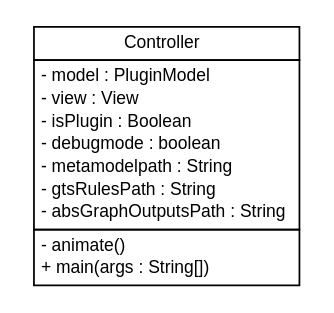
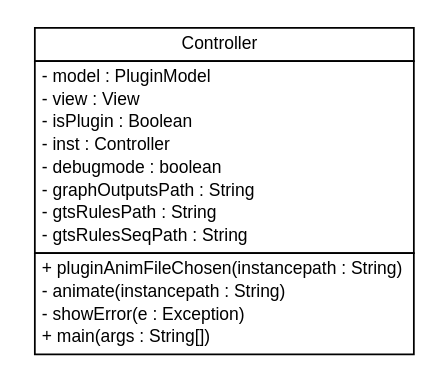
Before and after one commit to luisneiva/graf-framework: the diagram in javadoc/controller/controller.dot, drawn with Graphviz. The commit also changed 61 other files, not shown here.

```diff
--- a/javadoc/controller/controller.dot
+++ b/javadoc/controller/controller.dot
@@ -1,31 +1,34 @@
 #!/usr/local/bin/dot
 #
 # Class diagram 
 # Generated by UMLGraph version 5.2 (http://www.umlgraph.org/)
 #
 
 digraph G {
 	edge [fontname="arial",fontsize=10,labelfontname="arial",labelfontsize=10];
 	node [fontname="arial",fontsize=10,shape=plaintext];
 	nodesep=0.25;
 	ranksep=0.5;
 	// controller.Controller
-	c1045 [label=<<table title="controller.Controller" border="0" cellborder="1" cellspacing="0" cellpadding="2" port="p" href="./Controller.html">
+	c2262 [label=<<table title="controller.Controller" border="0" cellborder="1" cellspacing="0" cellpadding="2" port="p" href="./Controller.html">
 		<tr><td><table border="0" cellspacing="0" cellpadding="1">
 <tr><td align="center" balign="center"> Controller </td></tr>
 		</table></td></tr>
 		<tr><td><table border="0" cellspacing="0" cellpadding="1">
 <tr><td align="left" balign="left"> - model : PluginModel </td></tr>
 <tr><td align="left" balign="left"> - view : View </td></tr>
 <tr><td align="left" balign="left"> - isPlugin : Boolean </td></tr>
+<tr><td align="left" balign="left"> - inst : Controller </td></tr>
 <tr><td align="left" balign="left"> - debugmode : boolean </td></tr>
-<tr><td align="left" balign="left"> - metamodelpath : String </td></tr>
+<tr><td align="left" balign="left"> - graphOutputsPath : String </td></tr>
 <tr><td align="left" balign="left"> - gtsRulesPath : String </td></tr>
-<tr><td align="left" balign="left"> - absGraphOutputsPath : String </td></tr>
+<tr><td align="left" balign="left"> - gtsRulesSeqPath : String </td></tr>
 		</table></td></tr>
 		<tr><td><table border="0" cellspacing="0" cellpadding="1">
-<tr><td align="left" balign="left"> - animate() </td></tr>
+<tr><td align="left" balign="left"> + pluginAnimFileChosen(instancepath : String) </td></tr>
+<tr><td align="left" balign="left"> - animate(instancepath : String) </td></tr>
+<tr><td align="left" balign="left"> - showError(e : Exception) </td></tr>
 <tr><td align="left" balign="left"> + main(args : String[]) </td></tr>
 		</table></td></tr>
 		</table>>, fontname="arial", fontcolor="black", fontsize=10.0];
 }
```
